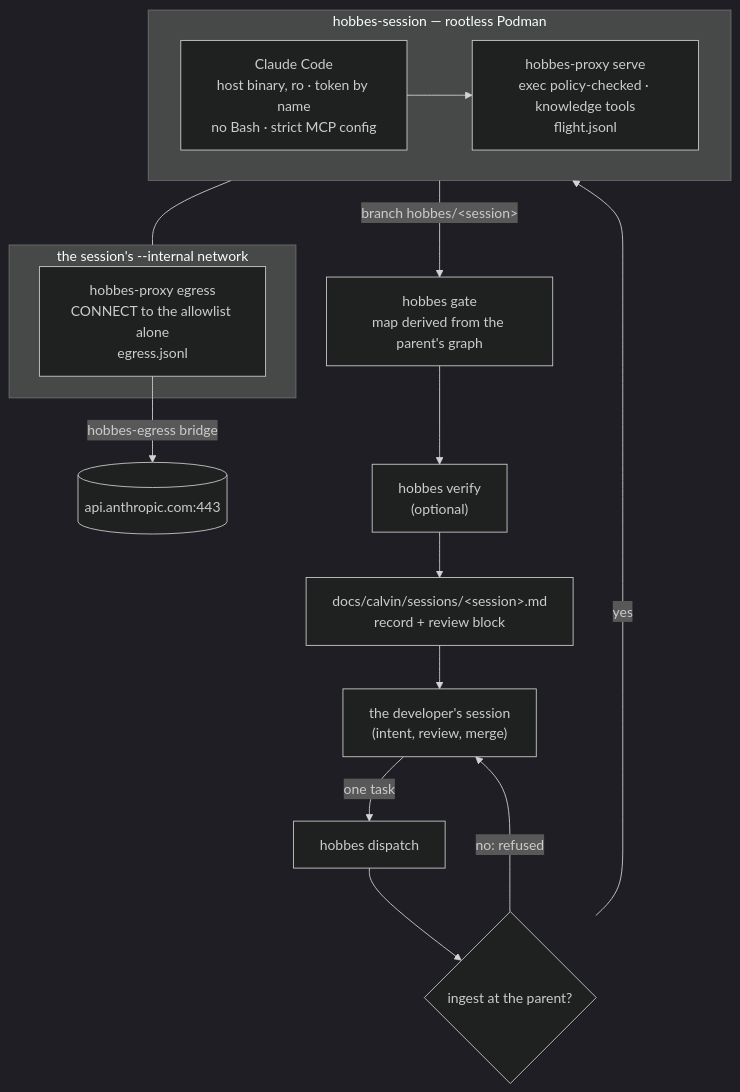
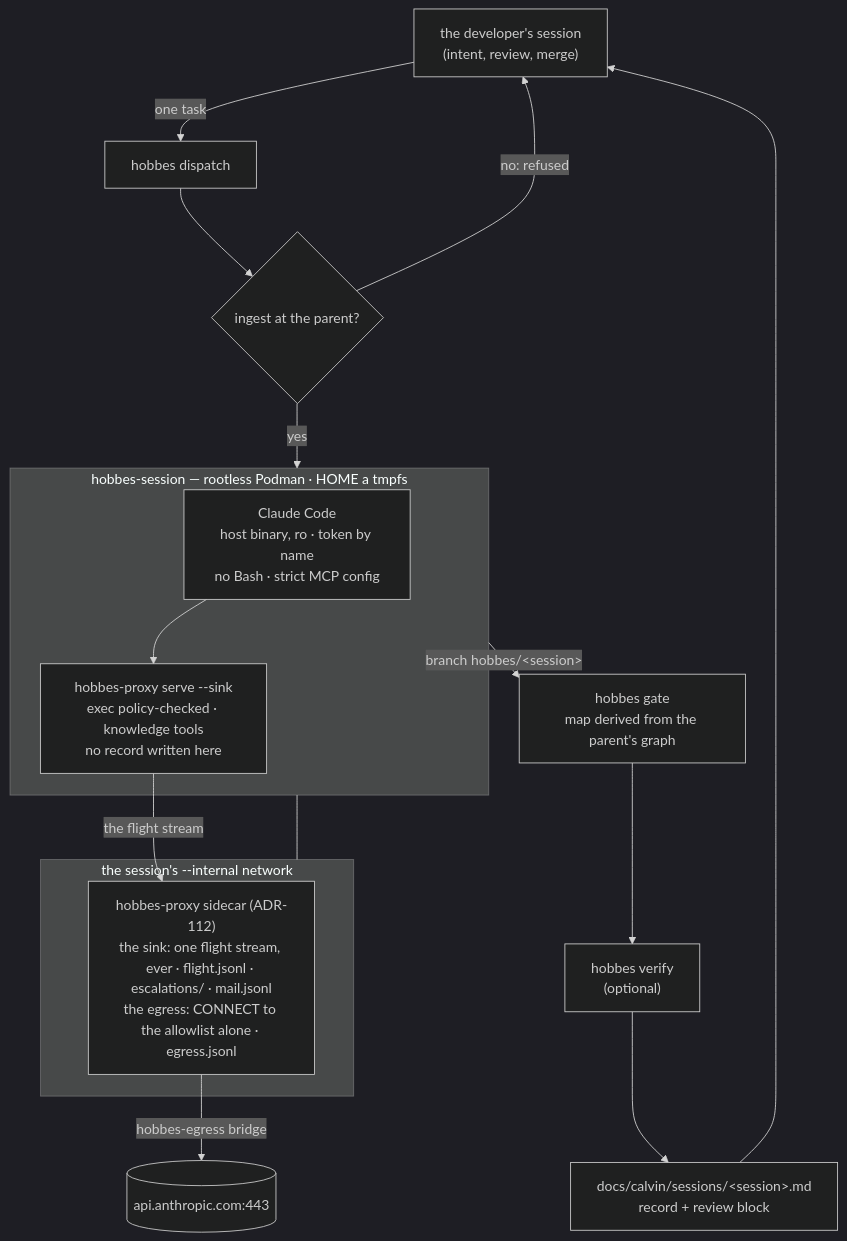
Before and after one commit to majax7714/Hobbes: the diagram in docs/calvin/calvin-harness.md, drawn with Mermaid (dark theme). The commit also changed other lines of this file and 23 other files, not shown here.

First line of the commit message:
chore(release): 0.2.14-beta — a session's records leave the doer's container (ADR-112; C-140 narrowed; two sessions through the harness, 3ebb and de81, merged not squashed)

````diff
--- a/docs/calvin/calvin-harness.md
+++ b/docs/calvin/calvin-harness.md
@@ -42,21 +42,22 @@
 ```mermaid
 flowchart TB
   DEV["the developer's session<br/>(intent, review, merge)"] -->|"one task"| DSP["hobbes dispatch"]
   DSP --> ING{"ingest at the parent?"}
   ING -->|"no: refused"| DEV
   ING -->|"yes"| SES
-  subgraph SES["hobbes-session — rootless Podman"]
+  subgraph SES["hobbes-session — rootless Podman · HOME a tmpfs"]
     DOER["Claude Code<br/>host binary, ro · token by name<br/>no Bash · strict MCP config"]
-    PX["hobbes-proxy serve<br/>exec policy-checked · knowledge tools<br/>flight.jsonl"]
+    PX["hobbes-proxy serve --sink<br/>exec policy-checked · knowledge tools<br/>no record written here"]
     DOER --> PX
   end
   subgraph NET["the session's --internal network"]
-    EG["hobbes-proxy egress<br/>CONNECT to the allowlist alone<br/>egress.jsonl"]
+    SC["hobbes-proxy sidecar (ADR-112)<br/>the sink: one flight stream, ever · flight.jsonl · escalations/ · mail.jsonl<br/>the egress: CONNECT to the allowlist alone · egress.jsonl"]
   end
+  PX -->|"the flight stream"| SC
   SES --- NET
-  EG -->|"hobbes-egress bridge"| API[("api.anthropic.com:443")]
+  SC -->|"hobbes-egress bridge"| API[("api.anthropic.com:443")]
   SES -->|"branch hobbes/&lt;session&gt;"| GATE["hobbes gate<br/>map derived from the parent's graph"]
   GATE --> VER["hobbes verify<br/>(optional)"]
   VER --> LOG["docs/calvin/sessions/&lt;session&gt;.md<br/>record + review block"]
   LOG --> DEV
 ```
````
